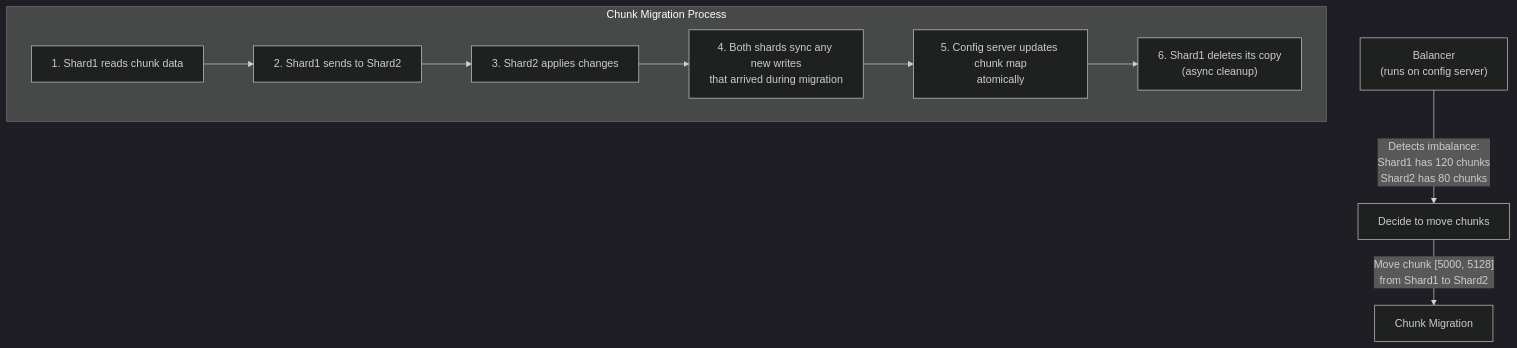
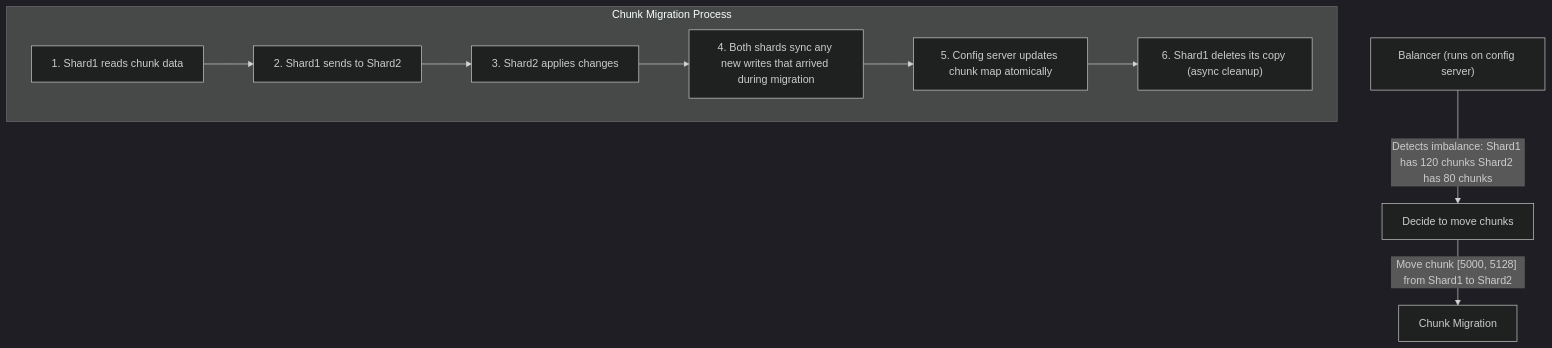
Before and after one commit to afekash/project_shopflow-afek: the sixth of 6 diagrams in materials/nosql/05-mongodb-sharding/01-sharding-architecture.md, drawn with Mermaid (dark theme). The commit also changed other lines of this file and 5 other files, not shown here.

````diff
--- a/materials/nosql/05-mongodb-sharding/01-sharding-architecture.md
+++ b/materials/nosql/05-mongodb-sharding/01-sharding-architecture.md
@@ -208,13 +208,13 @@
 ```mermaid
 graph TD
-    Balancer["Balancer\n(runs on config server)"] -->|"Detects imbalance:\nShard1 has 120 chunks\nShard2 has 80 chunks"| Decision["Decide to move chunks"]
-    Decision -->|"Move chunk [5000, 5128]\nfrom Shard1 to Shard2"| Migration["Chunk Migration"]
+    Balancer["Balancer (runs on config server)"] -->|"Detects imbalance: Shard1 has 120 chunks Shard2 has 80 chunks"| Decision["Decide to move chunks"]
+    Decision -->|"Move chunk [5000, 5128] from Shard1 to Shard2"| Migration["Chunk Migration"]
     
     subgraph migration [Chunk Migration Process]
         M1["1. Shard1 reads chunk data"] --> M2["2. Shard1 sends to Shard2"]
         M2 --> M3["3. Shard2 applies changes"]
-        M3 --> M4["4. Both shards sync any new writes\nthat arrived during migration"]
-        M4 --> M5["5. Config server updates chunk map\natomically"]
-        M5 --> M6["6. Shard1 deletes its copy\n(async cleanup)"]
+        M3 --> M4["4. Both shards sync any new writes that arrived during migration"]
+        M4 --> M5["5. Config server updates chunk map atomically"]
+        M5 --> M6["6. Shard1 deletes its copy (async cleanup)"]
     end
 ```
````
